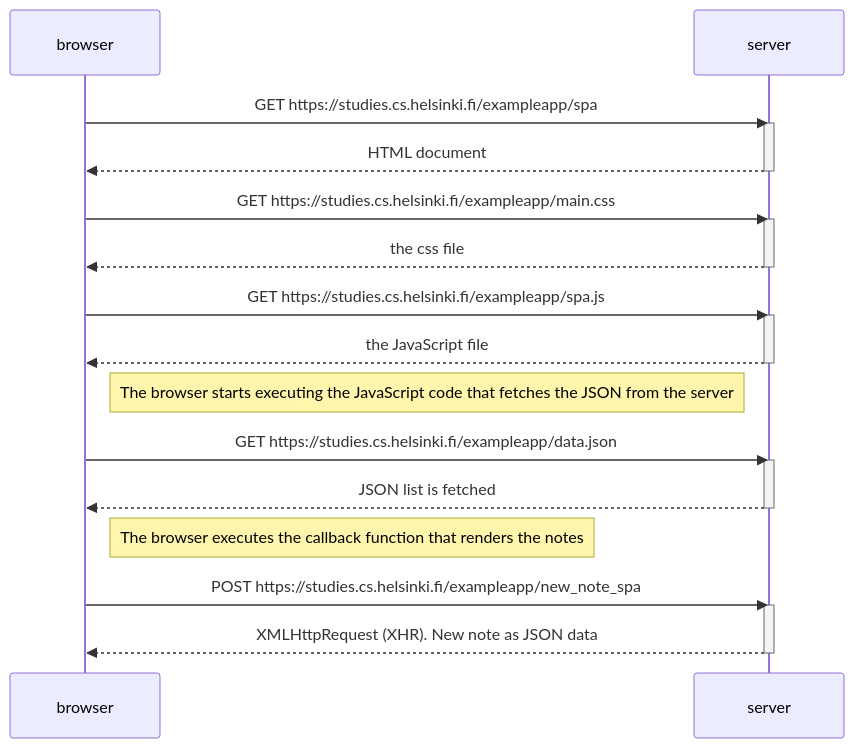
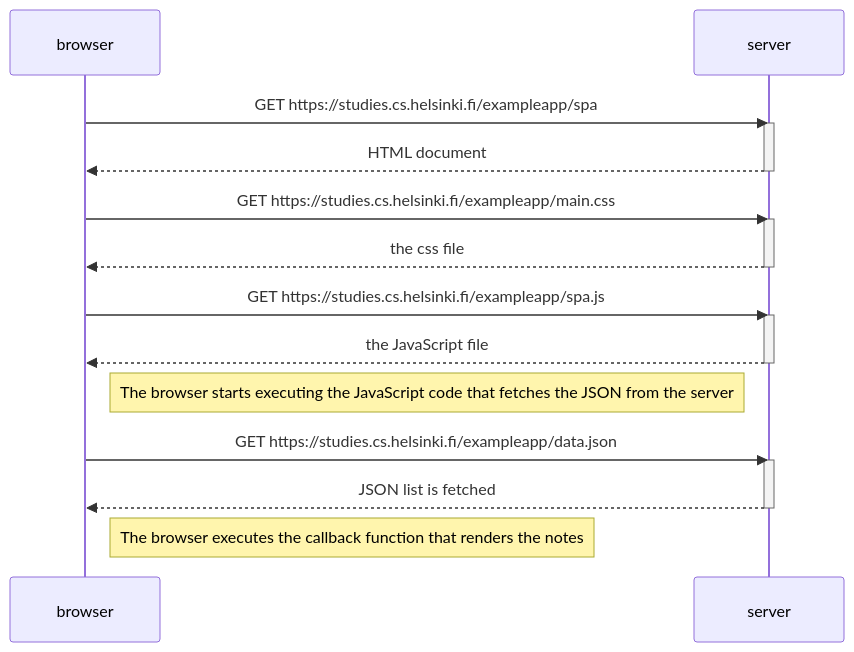
One commit to ShaneSt09/Full-Stack-Open changed the diagram in Part 0/0.5: Single page app diagram.md. Above: the diagram before and after it, drawn with Mermaid.

Commit message:
Update SPA diagram by removing POST request
Removed unnecessary POST request to server in SPA diagram.

````diff
--- a/Part 0/0.5: Single page app diagram.md
+++ b/Part 0/0.5: Single page app diagram.md
@@ -1,34 +1,29 @@
 ```mermaid
 sequenceDiagram
   participant browser
   participant server
 
   browser->>server: GET https://studies.cs.helsinki.fi/exampleapp/spa
   activate server
   server-->>browser: HTML document
   deactivate server
 
   browser->>server: GET https://studies.cs.helsinki.fi/exampleapp/main.css
   activate server
   server-->>browser: the css file
   deactivate server
 
   browser->>server: GET https://studies.cs.helsinki.fi/exampleapp/spa.js
   activate server
   server-->>browser: the JavaScript file
   deactivate server
 
   Note right of browser: The browser starts executing the JavaScript code that fetches the JSON from the server
 
   browser->>server: GET https://studies.cs.helsinki.fi/exampleapp/data.json
   activate server
   server-->>browser: JSON list is fetched
   deactivate server
 
   Note right of browser: The browser executes the callback function that renders the notes
-
-  browser->>server: POST https://studies.cs.helsinki.fi/exampleapp/new_note_spa
-  activate server
-  server-->>browser: XMLHttpRequest (XHR). New note as JSON data
-  deactivate server
 ```
````
